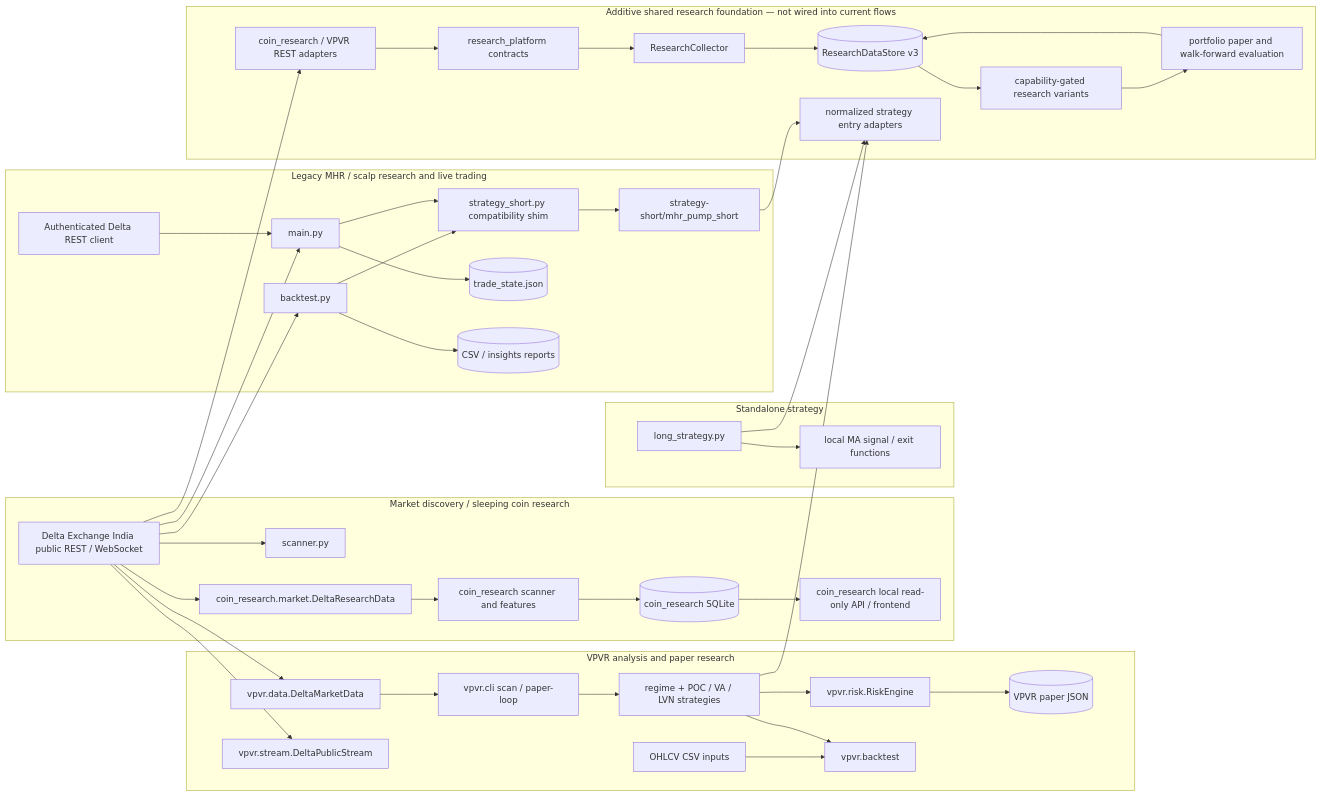
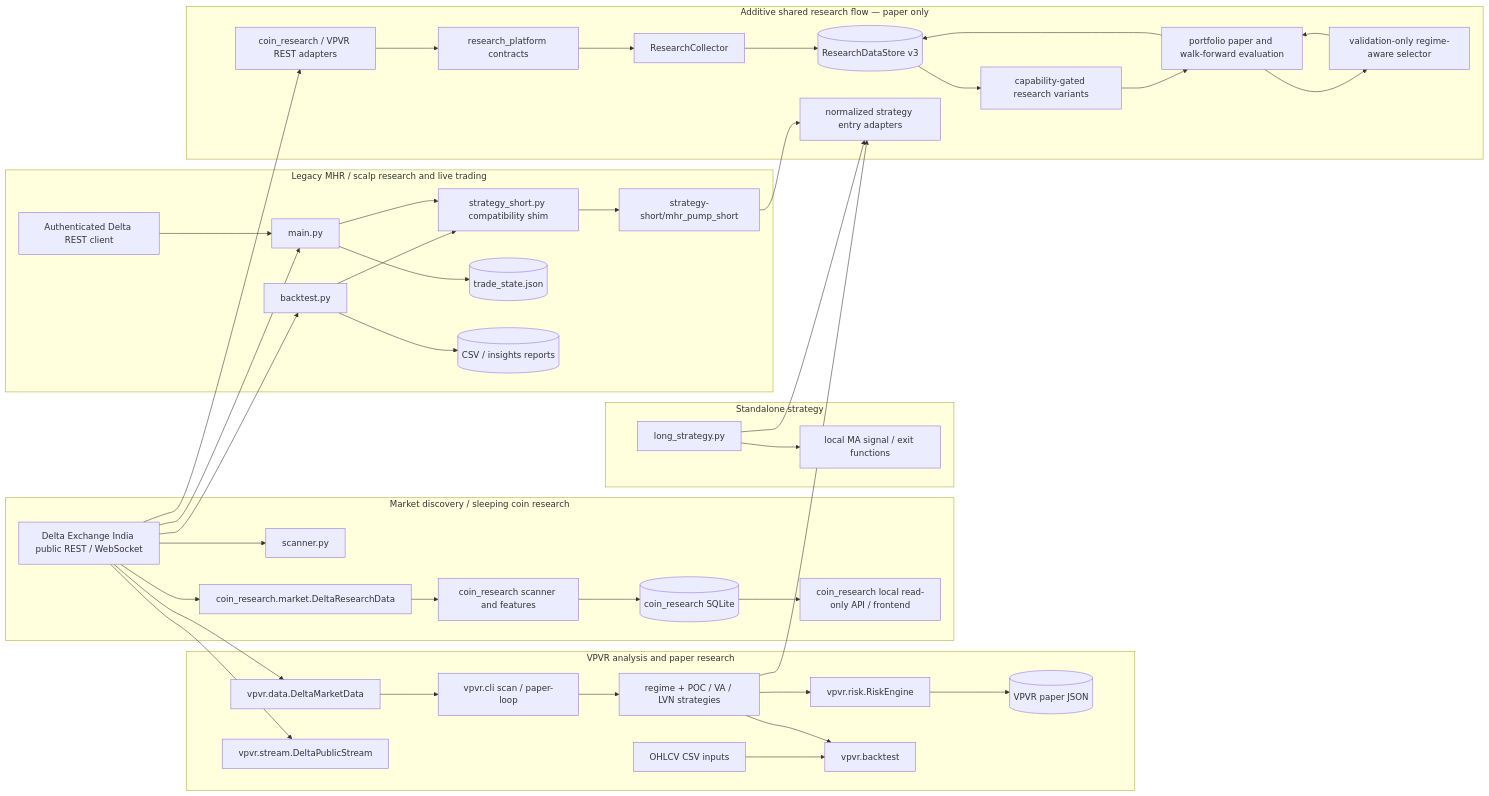
One commit to manjha28/del_trading_bot changed the diagram in docs/UNIFIED_PLATFORM_GAP_AUDIT.md. Above: the diagram before and after it, drawn with Mermaid. The commit also changed other lines of this file and 13 other files, not shown here.

````diff
--- a/docs/UNIFIED_PLATFORM_GAP_AUDIT.md
+++ b/docs/UNIFIED_PLATFORM_GAP_AUDIT.md
@@ -104,67 +115,69 @@
 ```mermaid
 flowchart LR
   Delta[Delta Exchange India public REST / WebSocket]
   Auth[Authenticated Delta REST client]
 
   subgraph Discovery["Market discovery / sleeping coin research"]
     Scanner[scanner.py]
     CoinMarket[coin_research.market.DeltaResearchData]
     CoinScan[coin_research scanner and features]
     CoinStore[(coin_research SQLite)]
     CoinUI[coin_research local read-only API / frontend]
     Delta --> Scanner
     Delta --> CoinMarket --> CoinScan --> CoinStore --> CoinUI
   end
 
   subgraph VPVR["VPVR analysis and paper research"]
     VPData[vpvr.data.DeltaMarketData]
     VPStream[vpvr.stream.DeltaPublicStream]
     VPScan[vpvr.cli scan / paper-loop]
     VPStrategies[regime + POC / VA / LVN strategies]
     VPRisk[vpvr.risk.RiskEngine]
     VPPaper[(VPVR paper JSON)]
     VPBT[vpvr.backtest]
     Delta --> VPData --> VPScan --> VPStrategies --> VPRisk --> VPPaper
     Delta --> VPStream
     CSV[OHLCV CSV inputs] --> VPBT
     VPStrategies --> VPBT
   end
 
   subgraph Legacy["Legacy MHR / scalp research and live trading"]
     Backtest[backtest.py]
     Shim[strategy_short.py compatibility shim]
     MHR[strategy-short/mhr_pump_short]
     Main[main.py]
     State[(trade_state.json)]
     Reports[(CSV / insights reports)]
     Delta --> Backtest
     Backtest --> Shim --> MHR
     Backtest --> Reports
     Delta --> Main
     Auth --> Main
     Main --> Shim
     Main --> State
   end
 
   subgraph Standalone["Standalone strategy"]
     Long[long_strategy.py]
     LongBT[local MA signal / exit functions]
     Long --> LongBT
   end
 
-  subgraph Foundation["Additive shared research foundation — not wired into current flows"]
+  subgraph Foundation["Additive shared research flow — paper only"]
     Contracts[research_platform contracts]
     Adapters[coin_research / VPVR REST adapters]
     Collector[ResearchCollector]
     Canonical[(ResearchDataStore v3)]
     SignalAdapters[normalized strategy entry adapters]
     Variants[capability-gated research variants]
     PaperEval[portfolio paper and walk-forward evaluation]
+    Selector[validation-only regime-aware selector]
     Delta --> Adapters --> Contracts --> Collector --> Canonical
-    Canonical --> Variants --> PaperEval
+    Canonical --> Variants --> PaperEval --> Selector
+    Selector --> PaperEval
     PaperEval --> Canonical
     MHR --> SignalAdapters
     Long --> SignalAdapters
     VPStrategies --> SignalAdapters
   end
 ```
````
